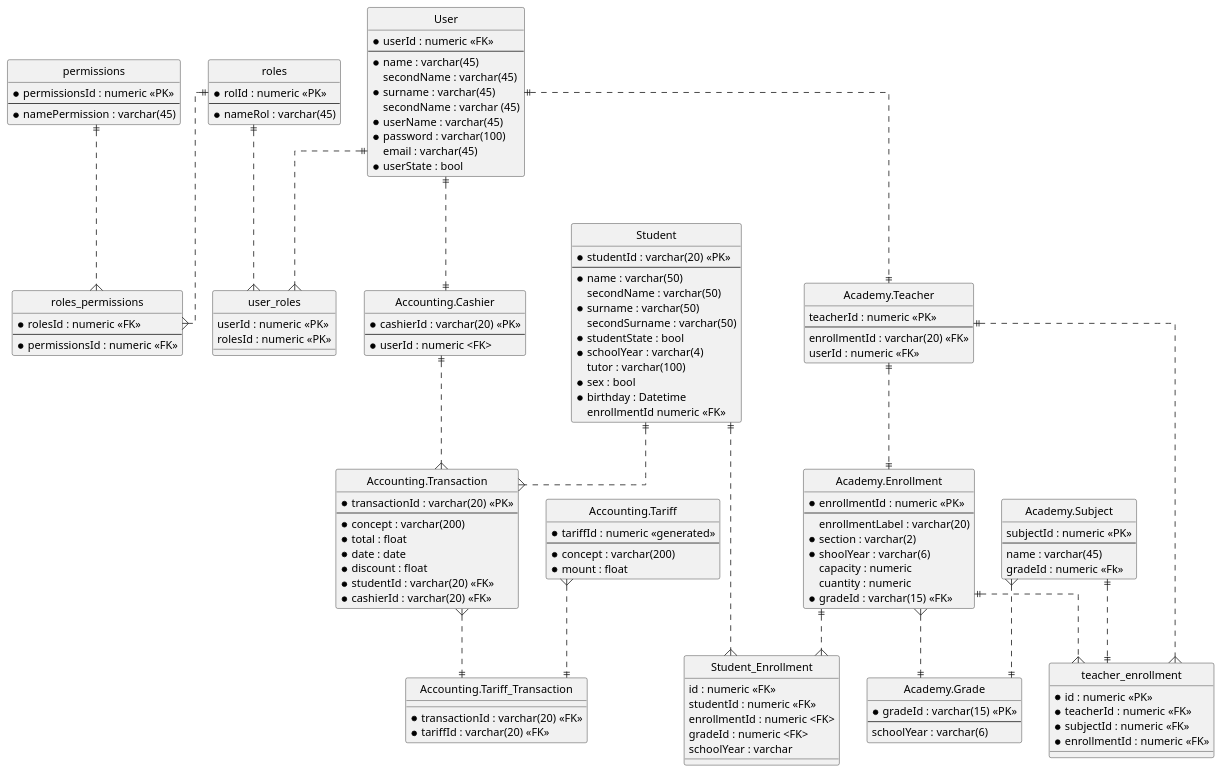
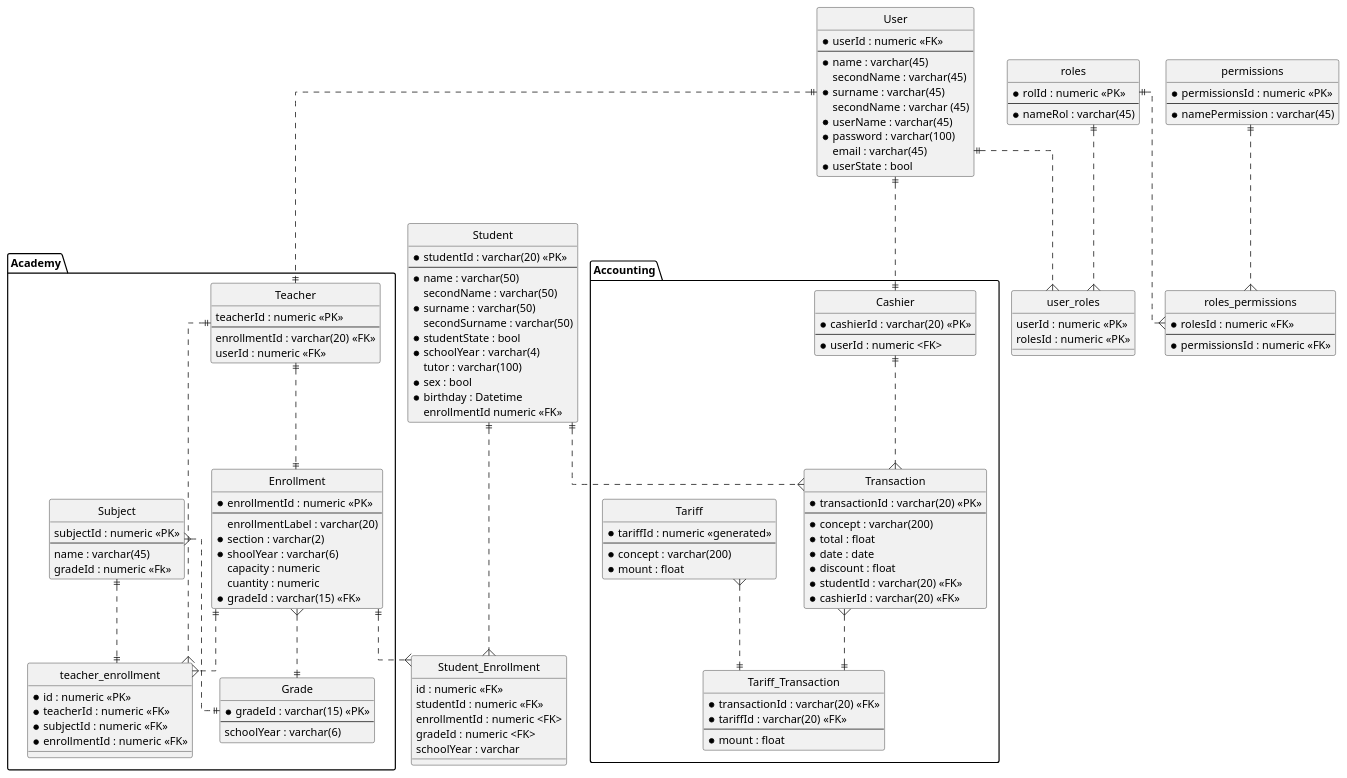
One commit to wsmcbl/wsmcbl.doc changed the diagram in DesignView/database.puml. Above: the diagram before and after it, drawn with PlantUML.

```diff
--- a/DesignView/database.puml
+++ b/DesignView/database.puml
@@ -1,177 +1,186 @@
 @startuml
 
 hide circle
 skinparam linetype ortho
+
+package Accounting{
+
+entity "Cashier" as CASHIER 
+{
+    * cashierId : varchar(20) <<PK>>
+    --
+    * userId : numeric <FK>
+}
+
+entity "Tariff" as TARIFF
+{
+    * tariffId : numeric <<generated>>
+    --
+    * concept : varchar(200)
+    * mount : float
+}
+
+entity "Tariff_Transaction" as TARIFF_TRANSACTION
+{
+    * transactionId : varchar(20) <<FK>>
+    * tariffId : varchar(20) <<FK>>
+    --
+    * mount : float
+}
+
+entity "Transaction" as TRANSACTION
+{
+    * transactionId : varchar(20) <<PK>> 
+    --
+    * concept : varchar(200)
+    * total : float
+    * date : date
+    * discount : float
+    * studentId : varchar(20) <<FK>>
+    * cashierId : varchar(20) <<FK>>
+}
+
+}
 
 entity "User" AS USER
 {
     * userId : numeric <<FK>>
     --
     * name : varchar(45)
     secondName : varchar(45)
     * surname : varchar(45)
     secondName : varchar (45)
     * userName : varchar(45)
     * password : varchar(100)
     email : varchar(45)
     * userState : bool
 }
-
+ 
 entity "roles" AS ROLES
 {
     * rolId : numeric <<PK>>
     --
     * nameRol : varchar(45)
 }
 
 entity "permissions" AS PERMISSIONS
 {
     * permissionsId : numeric <<PK>>
     --
     * namePermission : varchar(45)
 }
 
 entity "roles_permissions" AS ROLES_PERMISSIONS
 {
     * rolesId : numeric <<FK>>
     --
     * permissionsId : numeric <<FK>>
 }
 
 entity "user_roles" AS USER_ROLES
 {
     userId : numeric <<PK>>
     rolesId : numeric <<PK>>
 }
 
 '////////////////////////////////////////////////
-entity "Academy.Enrollment" as ENROLLMENT
+
+package Academy{
+
+    entity "Enrollment" as ENROLLMENT
 {
     * enrollmentId : numeric <<PK>>
     --
     enrollmentLabel : varchar(20)
     * section : varchar(2)
     * shoolYear : varchar(6)
     capacity : numeric
     cuantity : numeric
     * gradeId : varchar(15) <<FK>>
 }
 
-entity "Academy.Grade" AS GRADE
+entity "Grade" AS GRADE
 {
     *gradeId : varchar(15) <<PK>>
     --
     schoolYear : varchar(6)
 }
 
-entity "Academy.Subject" AS SUBJECT
+entity "Subject" AS SUBJECT
 {
     subjectId : numeric <<PK>>
     --
     name : varchar(45)
     gradeId : numeric <<Fk>>
 }
 
-entity "Academy.Teacher" AS TEACHER
+entity "Teacher" AS TEACHER
 {
     teacherId : numeric <<PK>>
     --
     enrollmentId : varchar(20) <<FK>>
     userId : numeric <<FK>>
 }
 
 entity "teacher_enrollment" AS TEACHER_ENROLLMENT
 {
     * id : numeric <<PK>>
     * teacherId : numeric <<FK>>
     * subjectId : numeric <<FK>>
     * enrollmentId : numeric <<FK>>
 }
 
+}
 entity "Student" as STUDENT
 {
     * studentId : varchar(20) <<PK>>
     --
     * name : varchar(50)
     secondName : varchar(50)
     * surname : varchar(50)
     secondSurname : varchar(50)
     * studentState : bool
     * schoolYear : varchar(4)
     tutor : varchar(100)
     * sex : bool
     * birthday : Datetime
     enrollmentId numeric <<FK>>
 }
 
 entity "Student_Enrollment" AS STUDENT_ENROLLMENT
 {
     id : numeric <<FK>>
     studentId : numeric <<FK>>
     enrollmentId : numeric <FK>
     gradeId : numeric <FK>
     schoolYear : varchar
-}
-
-entity "Accounting.Cashier" as CASHIER 
-{
-    * cashierId : varchar(20) <<PK>>
-    --
-    * userId : numeric <FK>
-}
-
-entity "Accounting.Tariff" as TARIFF
-{
-    * tariffId : numeric <<generated>>
-    --
-    * concept : varchar(200)
-    * mount : float
-}
-
-entity "Accounting.Tariff_Transaction" as TARIFF_TRANSACTION
-{
-    * transactionId : varchar(20) <<FK>>
-    * tariffId : varchar(20) <<FK>>
-}
-
-
-entity "Accounting.Transaction" as TRANSACTION
-{
-    * transactionId : varchar(20) <<PK>> 
-    --
-    * concept : varchar(200)
-    * total : float
-    * date : date
-    * discount : float
-    * studentId : varchar(20) <<FK>>
-    * cashierId : varchar(20) <<FK>>
 }
 
 
 
 
 ENROLLMENT }..|| GRADE
 SUBJECT }..|| GRADE
 TEACHER ||..|| ENROLLMENT
 SUBJECT ||..|| TEACHER_ENROLLMENT
 ENROLLMENT ||..{TEACHER_ENROLLMENT
 TEACHER ||..{TEACHER_ENROLLMENT
 
 STUDENT ||..{ TRANSACTION
 
 USER ||..{ USER_ROLES
 ROLES ||..{USER_ROLES
 ROLES ||..{ ROLES_PERMISSIONS
 PERMISSIONS ||..{ ROLES_PERMISSIONS
 
 CASHIER ||..{ TRANSACTION
 TARIFF }..|| TARIFF_TRANSACTION
 TRANSACTION }..|| TARIFF_TRANSACTION
 
 STUDENT ||..{ STUDENT_ENROLLMENT
 ENROLLMENT ||..{ STUDENT_ENROLLMENT
 
 USER ||..||CASHIER
 USER ||..|| TEACHER
 
 @enduml
```
